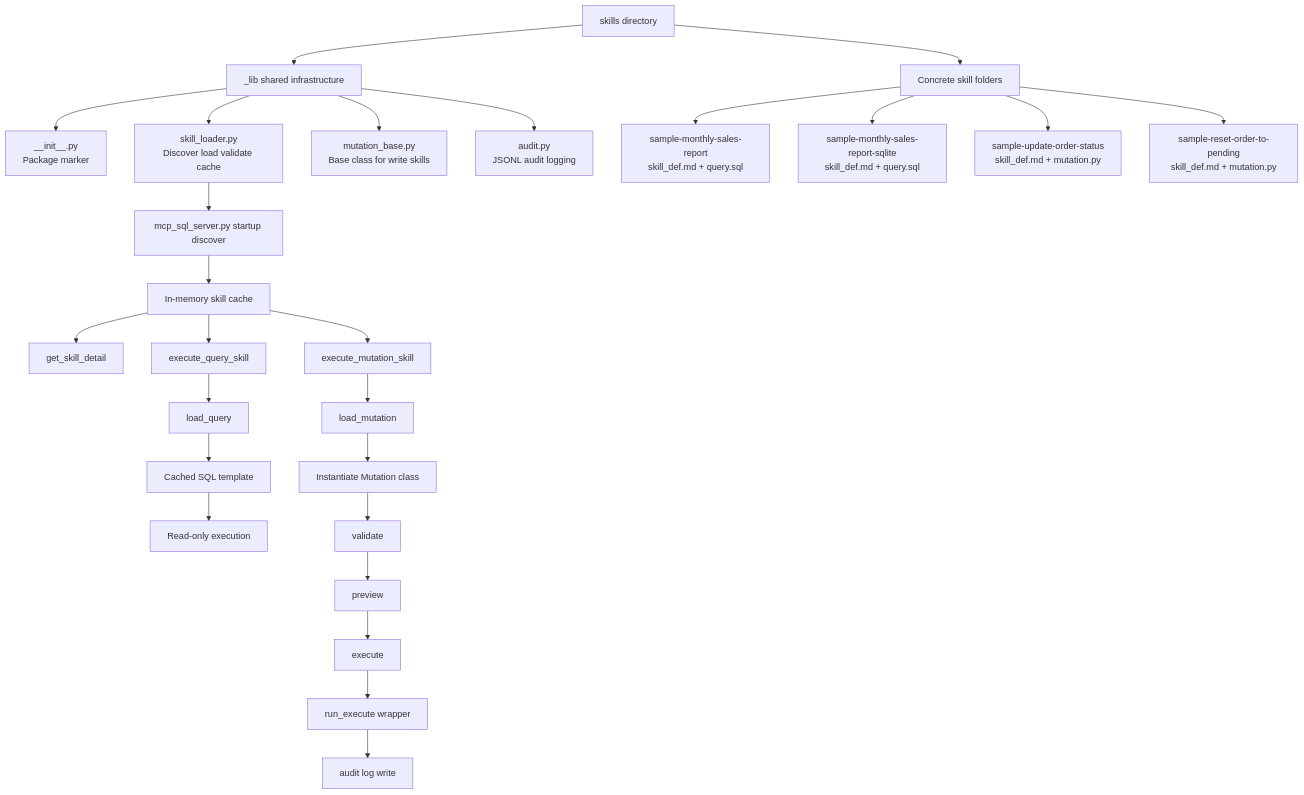
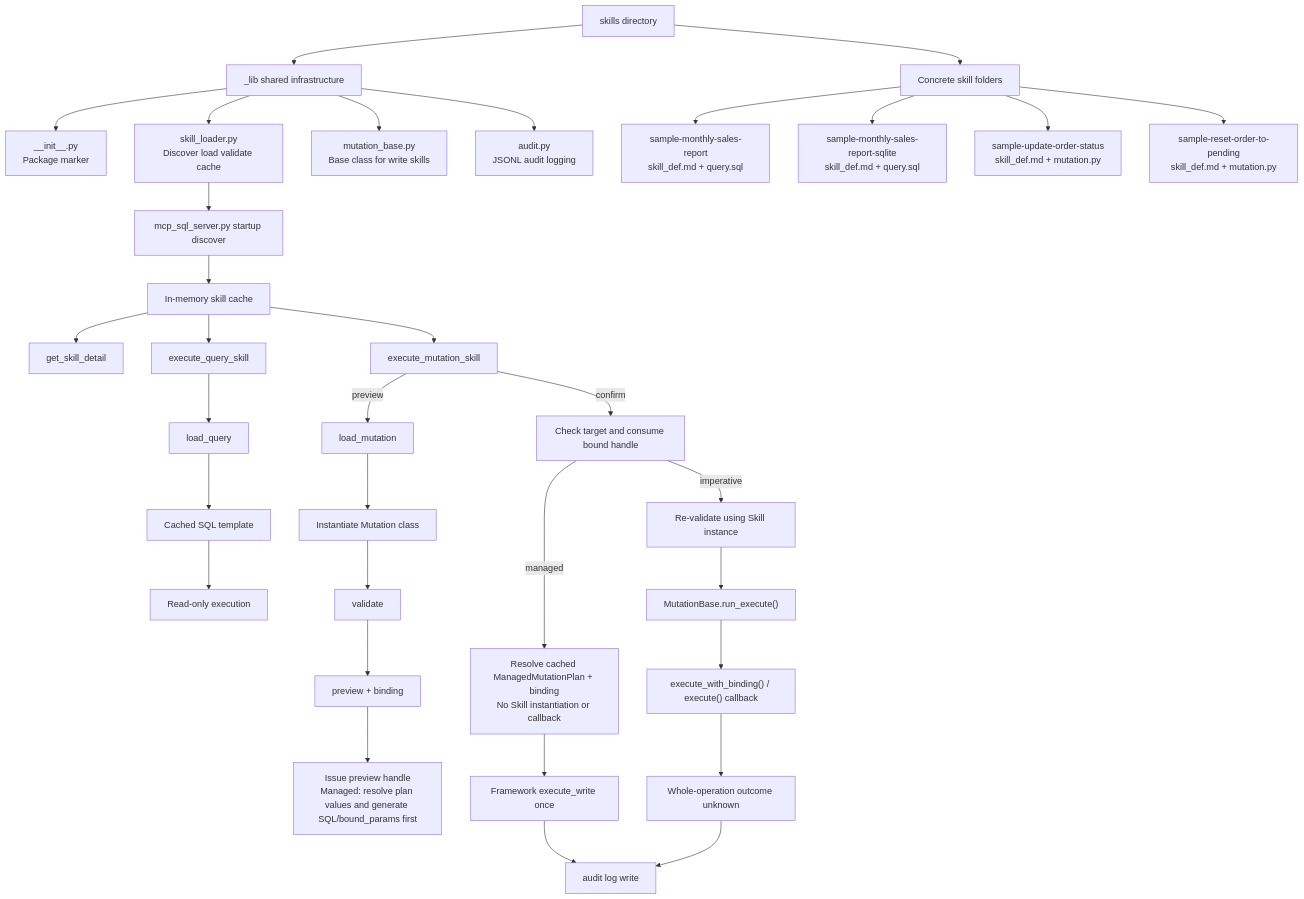
One commit to Firstmeridian/llm-sql-safety-executor-mcp changed the first of 10 diagrams in MCP_AGENTS_SKILLS_DESIGN.md. Above: the diagram before and after it, drawn with Mermaid. The commit also changed other lines of this file and 17 other files, not shown here.

First line of the commit message:
feat(skills)!: add framework-managed single-statement mutations

````diff
--- a/MCP_AGENTS_SKILLS_DESIGN.md
+++ b/MCP_AGENTS_SKILLS_DESIGN.md
@@ -103,34 +114,42 @@
 ```mermaid
 flowchart TD
     A[skills directory] --> B[_lib shared infrastructure]
     A --> C[Concrete skill folders]
 
     B --> B1[__init__.py<br/>Package marker]
     B --> B2[skill_loader.py<br/>Discover load validate cache]
     B --> B3[mutation_base.py<br/>Base class for write skills]
     B --> B4[audit.py<br/>JSONL audit logging]
 
     C --> C1[sample-monthly-sales-report<br/>skill_def.md + query.sql]
     C --> C2[sample-monthly-sales-report-sqlite<br/>skill_def.md + query.sql]
     C --> C3[sample-update-order-status<br/>skill_def.md + mutation.py]
     C --> C4[sample-reset-order-to-pending<br/>skill_def.md + mutation.py]
 
     B2 --> D[mcp_sql_server.py startup discover]
     D --> E[In-memory skill cache]
 
     E --> F[get_skill_detail]
     E --> G[execute_query_skill]
     E --> H[execute_mutation_skill]
 
     G --> I[load_query]
     I --> J[Cached SQL template]
     J --> K[Read-only execution]
 
-    H --> L[load_mutation]
+    H -->|preview| L[load_mutation]
     L --> M[Instantiate Mutation class]
     M --> N1[validate]
-    N1 --> N2[preview]
-    N2 --> O[execute]
-    O --> P[run_execute wrapper]
+    N1 --> N2[preview + binding]
+    N2 --> R["Issue preview handle<br/>Managed: resolve plan values and generate SQL/bound_params first"]
+
+    H -->|confirm| S[Check target and consume bound handle]
+    S -->|managed| O["Resolve cached ManagedMutationPlan + binding<br/>No Skill instantiation or callback"]
+    O --> P[Framework execute_write once]
     P --> Q[audit log write]
+    S -->|imperative| U[Re-validate using Skill instance]
+    U --> V["MutationBase.run_execute()"]
+    V --> W["execute_with_binding() / execute() callback"]
+    W --> X[Whole-operation outcome unknown]
+    X --> Q
 ```
````
